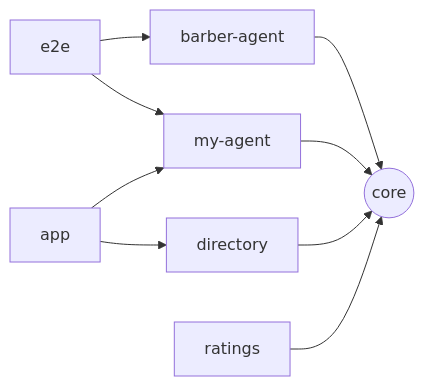
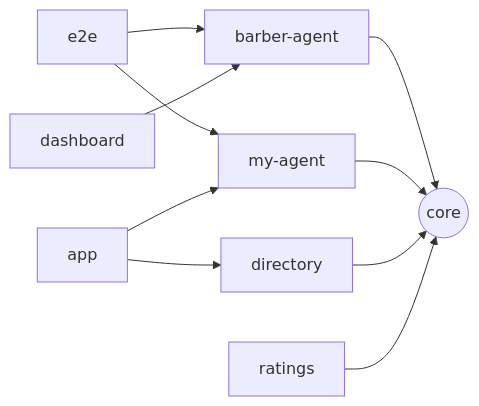
The third of 7 diagrams in docs/sad/10-architecture.md (Jannisar01/hitchpost), drawn with Mermaid before and after one commit. The commit also changed other lines of this file and 21 other files, not shown here.

````diff
--- a/docs/sad/10-architecture.md
+++ b/docs/sad/10-architecture.md
@@ -71,12 +117,13 @@
 ```mermaid
 flowchart LR
   core((core))
   barber[barber-agent] --> core
   my[my-agent] --> core
   e2e[e2e] --> barber
   e2e --> my
   dir[directory] --> core
+  dash[dashboard] --> barber
   app[app] --> my
   app --> dir
   rate[ratings] --> core
 ```
````
